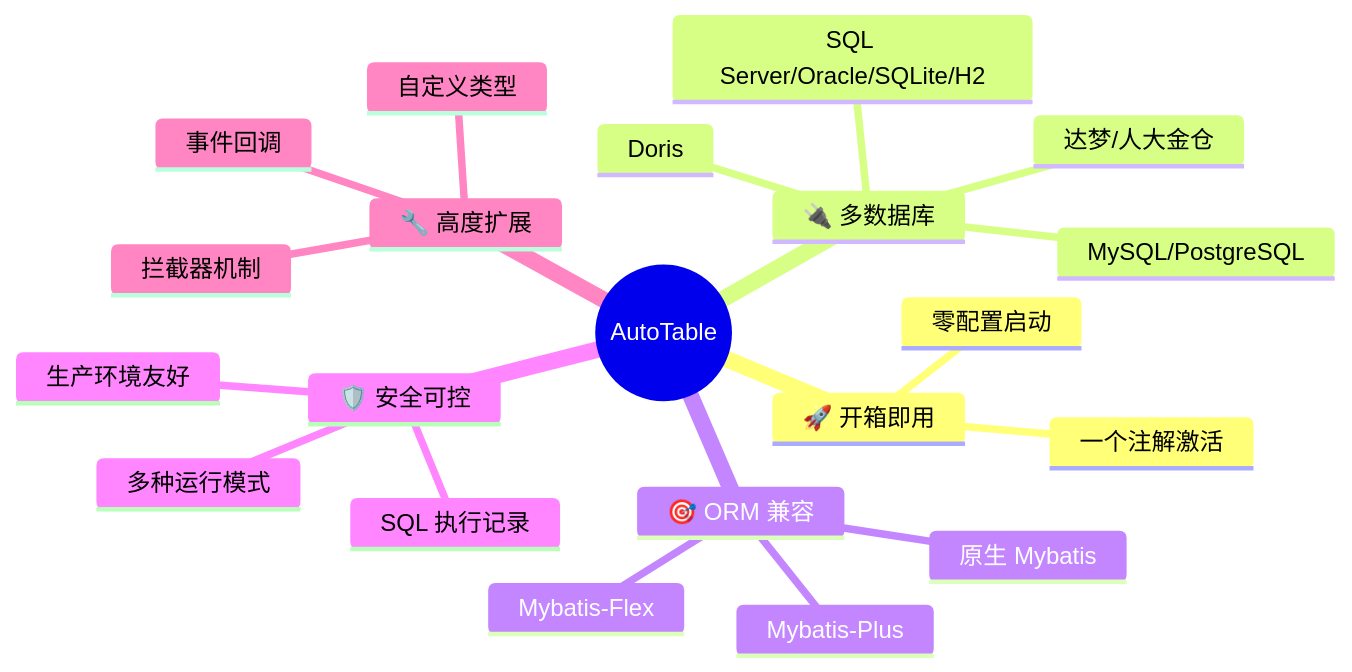
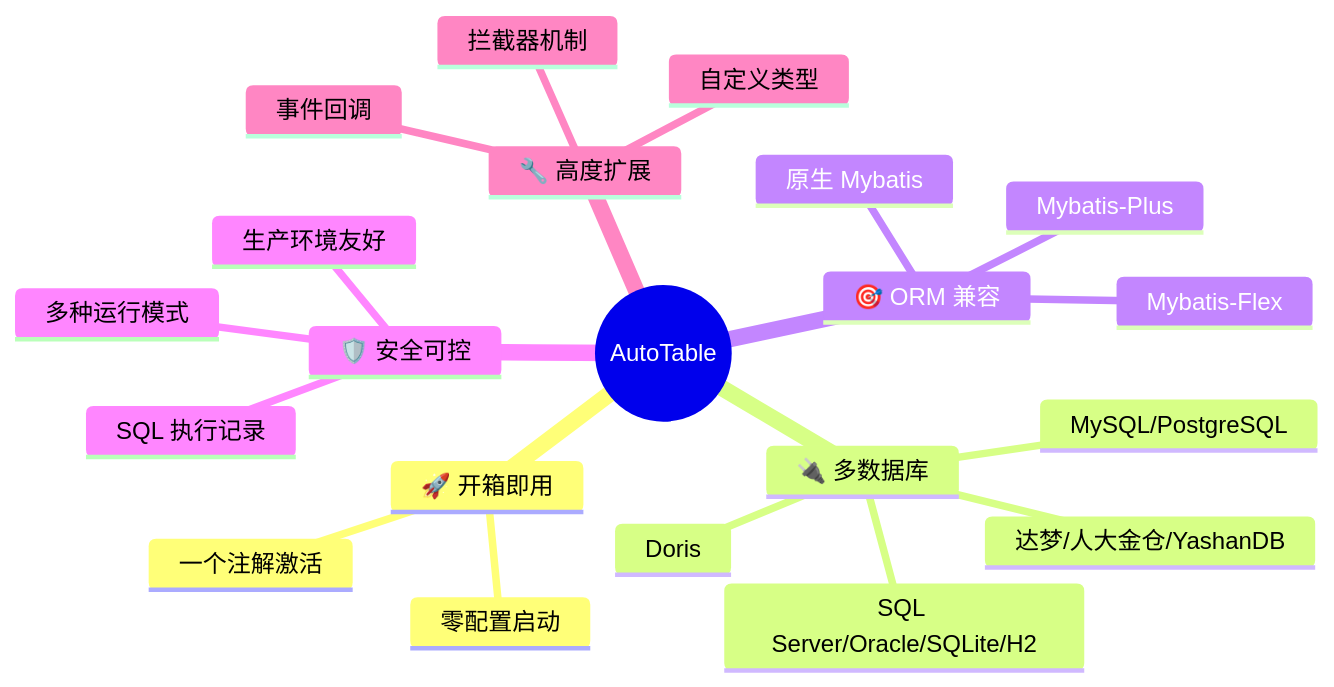
One commit to dromara/auto-table changed the third of 6 diagrams in auto-table-doc/docs/快速开始/简介.md. Above: the diagram before and after it, drawn with Mermaid. The commit also changed other lines of this file and 5 other files, not shown here.

````diff
--- a/auto-table-doc/docs/快速开始/简介.md
+++ b/auto-table-doc/docs/快速开始/简介.md
@@ -77,24 +77,24 @@
 ```mermaid
 mindmap
   root((AutoTable))
     🚀 开箱即用
       一个注解激活
       零配置启动
     🔌 多数据库
       MySQL/PostgreSQL
       SQL Server/Oracle/SQLite/H2
-      达梦/人大金仓
+      达梦/人大金仓/YashanDB
       Doris
     🎯 ORM 兼容
       Mybatis-Plus
       Mybatis-Flex
       原生 Mybatis
     🛡️ 安全可控
       多种运行模式
       SQL 执行记录
       生产环境友好
     🔧 高度扩展
       拦截器机制
       事件回调
       自定义类型
 ```
````
